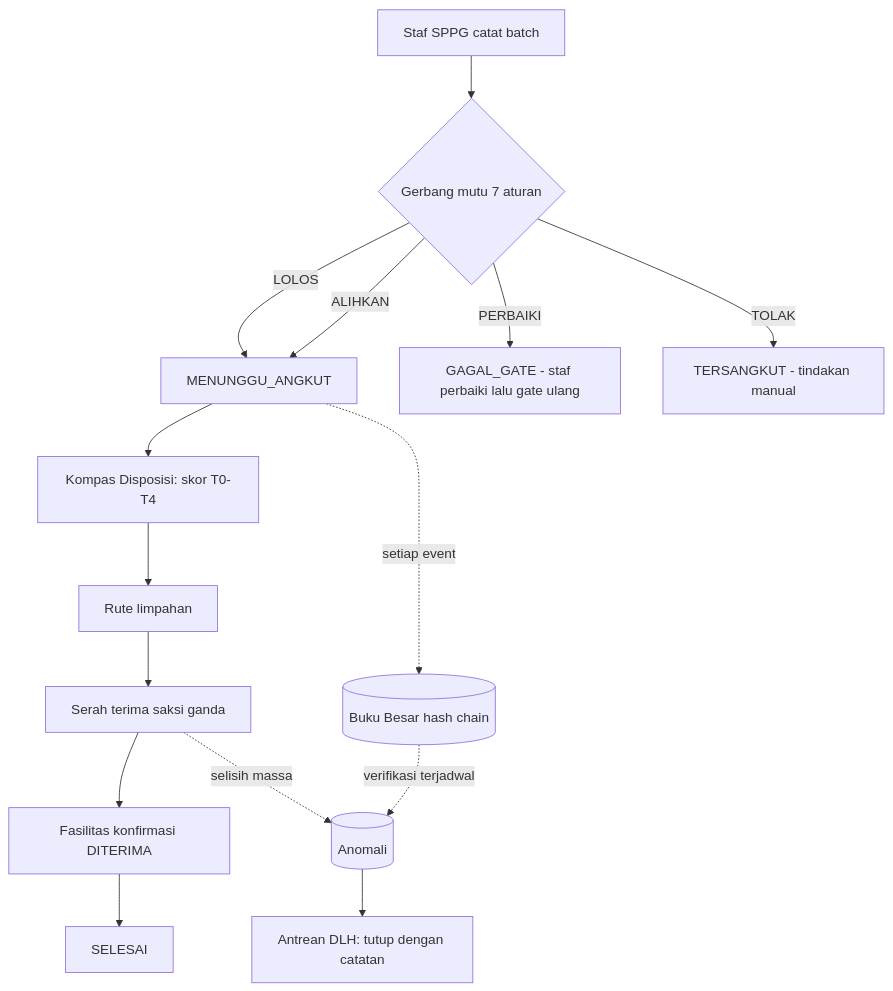
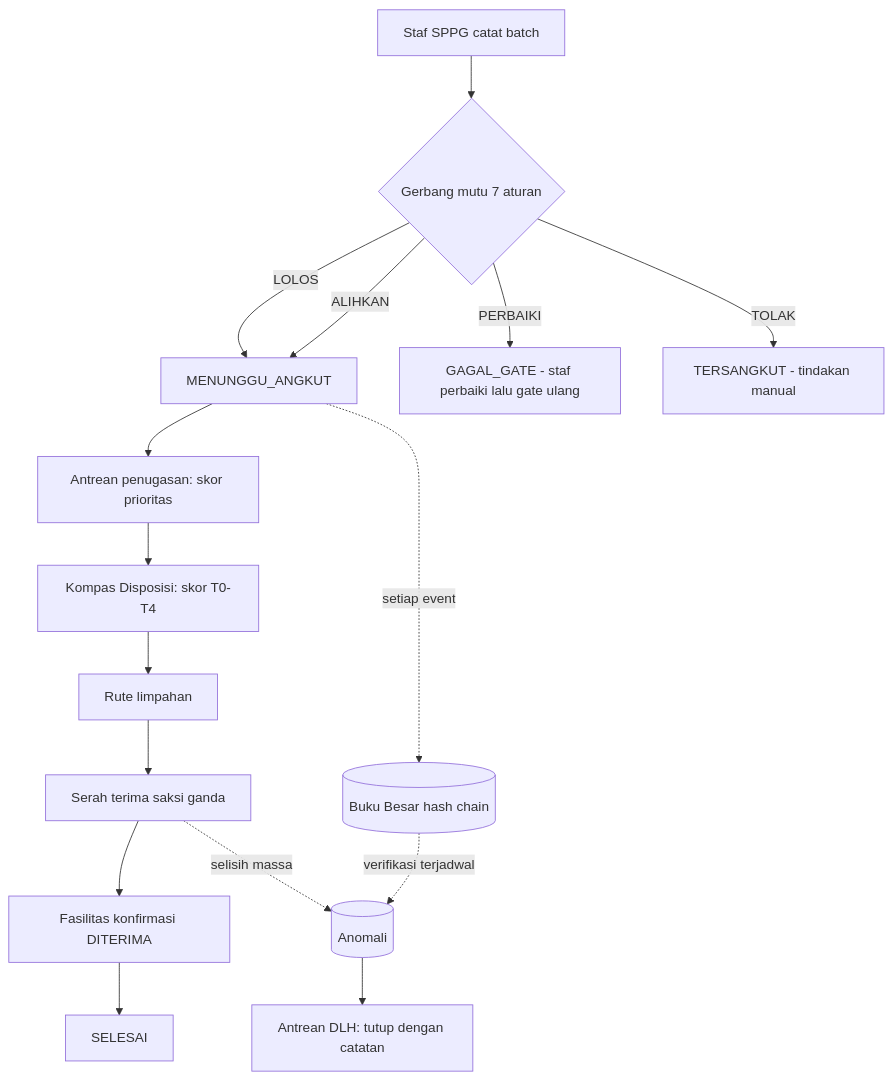
Before and after one commit to Ario627/backendArgus: the diagram in README.md, drawn with Mermaid. The commit also changed other lines of this file and 53 other files, not shown here.

````diff
--- a/README.md
+++ b/README.md
@@ -283,17 +283,18 @@
 ```mermaid
 flowchart TD
     A[Staf SPPG catat batch] --> B{Gerbang mutu 7 aturan}
     B -->|LOLOS| C[MENUNGGU_ANGKUT]
     B -->|PERBAIKI| D[GAGAL_GATE - staf perbaiki lalu gate ulang]
     B -->|ALIHKAN| C
     B -->|TOLAK| E[TERSANGKUT - tindakan manual]
-    C --> F[Kompas Disposisi: skor T0-T4]
+    C --> P[Antrean penugasan: skor prioritas]
+    P --> F[Kompas Disposisi: skor T0-T4]
     F --> G[Rute limpahan]
     G --> H[Serah terima saksi ganda]
     H --> I[Fasilitas konfirmasi DITERIMA]
     I --> J[SELESAI]
     C -.setiap event.-> K[(Buku Besar hash chain)]
     H -.selisih massa.-> L[(Anomali)]
     K -.verifikasi terjadwal.-> L
     L --> M[Antrean DLH: tutup dengan catatan]
 ```
````
